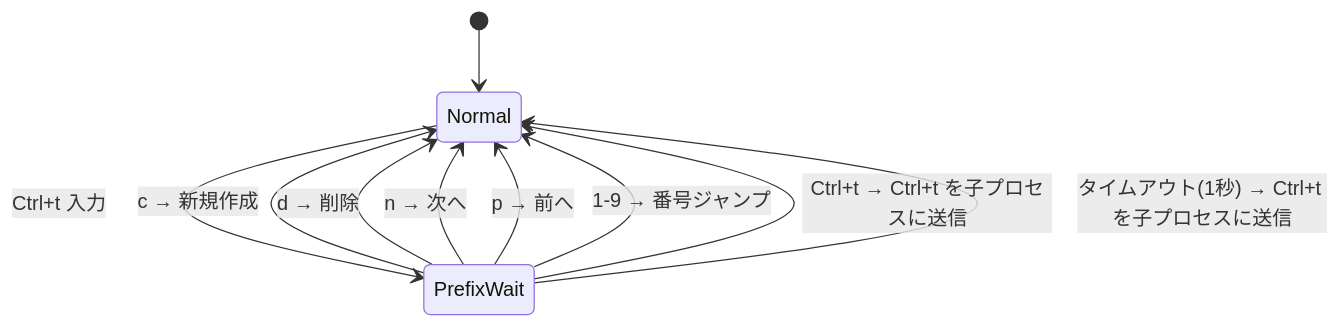
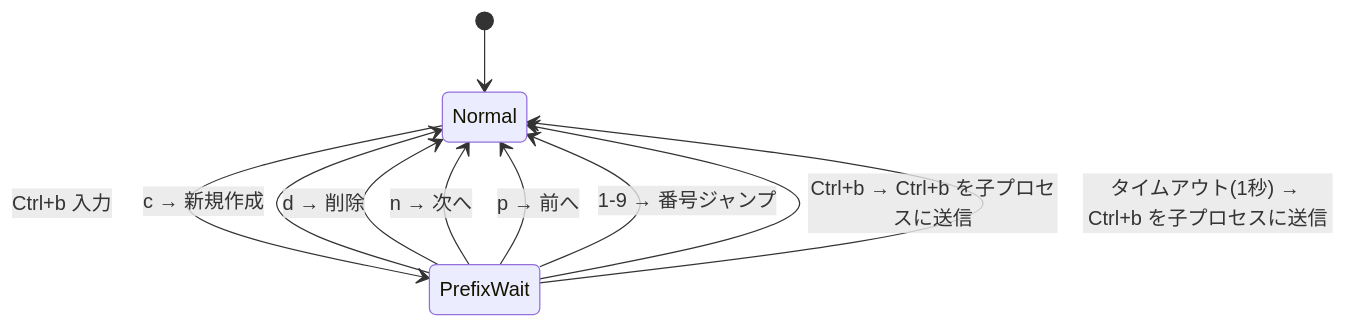
One commit to Kobayashi-takumi/cli-manager changed the fifth of 5 diagrams in docs/requirements.md. Above: the diagram before and after it, drawn with Mermaid. The commit also changed other lines of this file and 7 other files, not shown here.

First line of the commit message:
Change prefix key from Ctrl+t to Ctrl+b for better Mac ergonomics

````diff
--- a/docs/requirements.md
+++ b/docs/requirements.md
@@ -224,12 +224,12 @@
 ```mermaid
 stateDiagram-v2
     [*] --> Normal
-    Normal --> PrefixWait: Ctrl+t 入力
+    Normal --> PrefixWait: Ctrl+b 入力
     PrefixWait --> Normal: c → 新規作成
     PrefixWait --> Normal: d → 削除
     PrefixWait --> Normal: n → 次へ
     PrefixWait --> Normal: p → 前へ
     PrefixWait --> Normal: 1-9 → 番号ジャンプ
-    PrefixWait --> Normal: Ctrl+t → Ctrl+t を子プロセスに送信
-    PrefixWait --> Normal: タイムアウト(1秒) → Ctrl+t を子プロセスに送信
+    PrefixWait --> Normal: Ctrl+b → Ctrl+b を子プロセスに送信
+    PrefixWait --> Normal: タイムアウト(1秒) → Ctrl+b を子プロセスに送信
 ```
````
